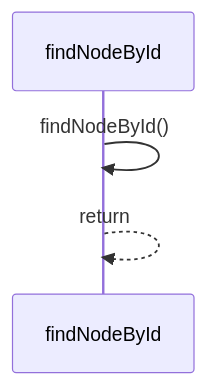
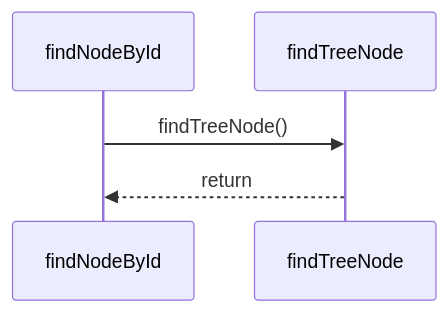
Before and after one commit to ankhorage/studio: the diagram in paradox/diagrams/sequences/find-node-by-id.mmd, drawn with Mermaid. The commit also changed 36 other files, not shown here.

```diff
--- a/paradox/diagrams/sequences/find-node-by-id.mmd
+++ b/paradox/diagrams/sequences/find-node-by-id.mmd
@@ -1,4 +1,5 @@
 sequenceDiagram
   participant participant_findNodeById as findNodeById
-  participant_findNodeById->>participant_findNodeById: findNodeById()
-  participant_findNodeById-->>participant_findNodeById: return
+  participant participant_findTreeNode as findTreeNode
+  participant_findNodeById->>participant_findTreeNode: findTreeNode()
+  participant_findTreeNode-->>participant_findNodeById: return
```
